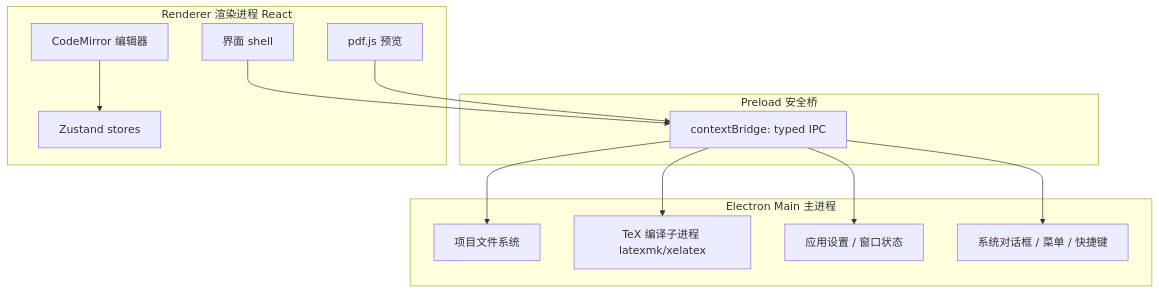
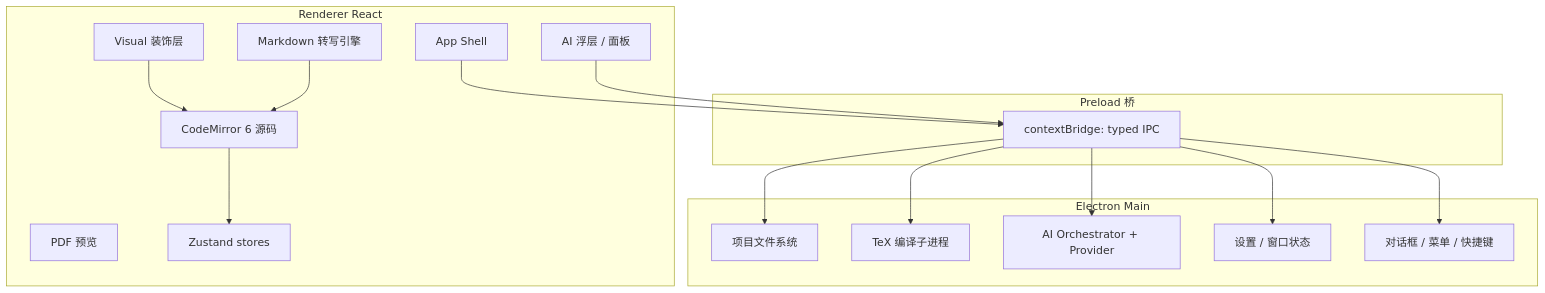
Before and after one commit to Maicarons/papex-writer: the second of 2 diagrams in PROJECT_PLAN.md, drawn with Mermaid. The commit also changed other lines of this file and 66 other files, not shown here.

````diff
--- a/PROJECT_PLAN.md
+++ b/PROJECT_PLAN.md
@@ -281,25 +531,32 @@
 ```mermaid
 flowchart TB
-  subgraph Main[Electron Main 主进程]
+  subgraph Main[Electron Main]
     FS[项目文件系统]
-    TeX[TeX 编译子进程 latexmk/xelatex]
-    Store[应用设置 / 窗口状态]
-    Dialog[系统对话框 / 菜单 / 快捷键]
+    TeX[TeX 编译子进程]
+    AI[AI Orchestrator + Provider]
+    Store[设置 / 窗口状态]
+    Dialog[对话框 / 菜单 / 快捷键]
   end
-  subgraph Preload[Preload 安全桥]
+  subgraph Preload[Preload 桥]
     Bridge[contextBridge: typed IPC]
   end
-  subgraph Renderer[Renderer 渲染进程 React]
-    UI[界面 shell]
-    Editor[CodeMirror 编辑器]
-    PDF[pdf.js 预览]
+  subgraph Renderer[Renderer React]
+    Shell[App Shell]
+    CM[CodeMirror 6 源码]
+    Visual[Visual 装饰层]
+    MD[Markdown 转写引擎]
+    PDF[PDF 预览]
+    AIUI[AI 浮层 / 面板]
     State[Zustand stores]
   end
-  UI --> Bridge
+  Shell --> Bridge
+  CM --> State
+  Visual --> CM
+  MD --> CM
+  AIUI --> Bridge
   Bridge --> FS
   Bridge --> TeX
+  Bridge --> AI
   Bridge --> Store
   Bridge --> Dialog
-  Editor --> State
-  PDF --> Bridge
 ```
````
